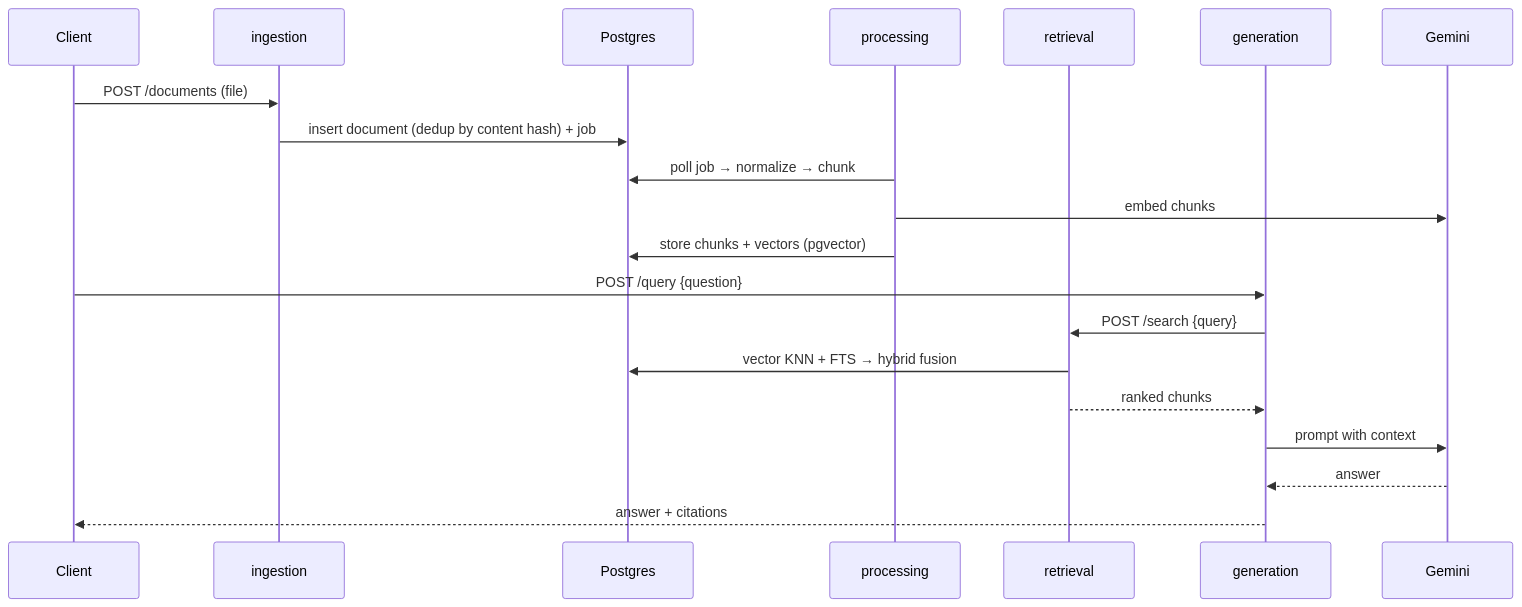
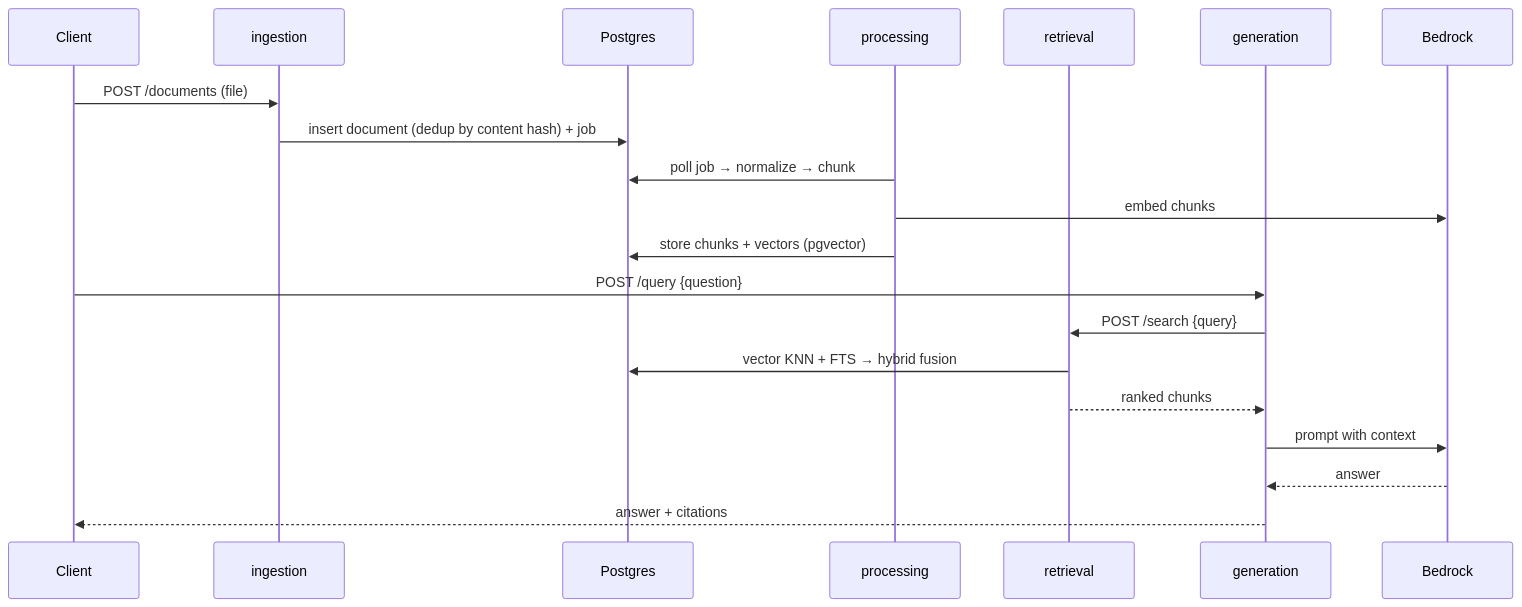
The second of 2 diagrams in docs/architecture/overview.md (Magesh-Sundaravel/rag-platform), drawn with Mermaid before and after one commit. The commit also changed other lines of this file and 38 other files, not shown here.

Commit message:
feat(providers): migrate Gemini stack to Bedrock

````diff
--- a/docs/architecture/overview.md
+++ b/docs/architecture/overview.md
@@ -35,23 +35,23 @@
 ```mermaid
 sequenceDiagram
     participant C as Client
     participant I as ingestion
     participant DB as Postgres
     participant P as processing
     participant R as retrieval
     participant G as generation
-    participant L as Gemini
+    participant L as Bedrock
 
     C->>I: POST /documents (file)
     I->>DB: insert document (dedup by content hash) + job
     P->>DB: poll job → normalize → chunk
     P->>L: embed chunks
     P->>DB: store chunks + vectors (pgvector)
     C->>G: POST /query {question}
     G->>R: POST /search {query}
     R->>DB: vector KNN + FTS → hybrid fusion
     R-->>G: ranked chunks
     G->>L: prompt with context
     L-->>G: answer
     G-->>C: answer + citations
 ```
````
